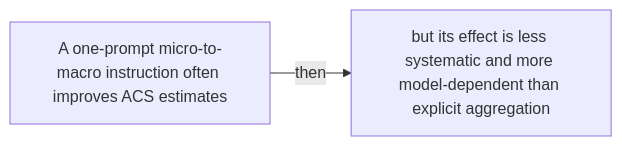
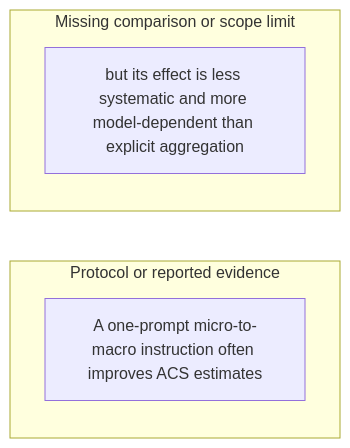
One commit to Betancourt1/paper_atlas changed diagram 34 of 48 in docs/visual-manifests/VISUAL_MANIFEST_PARTITION_PROMPT_AGGREGATE.md. Above: the diagram before and after it, drawn with Mermaid. The commit also changed other lines of this file and 7 other files, not shown here.

````diff
--- a/docs/visual-manifests/VISUAL_MANIFEST_PARTITION_PROMPT_AGGREGATE.md
+++ b/docs/visual-manifests/VISUAL_MANIFEST_PARTITION_PROMPT_AGGREGATE.md
@@ -2916,6 +2781,9 @@
 ```mermaid
 flowchart LR
-  n1["A one-prompt micro-to-macro instruction often improves ACS estimates"]
-  n2["but its effect is less systematic and more model-dependent than explicit aggregation"]
-  n1 -->|"then"| n2
+  subgraph g1["Protocol or reported evidence"]
+    g1i1["A one-prompt micro-to-macro instruction often improves ACS estimates"]
+  end
+  subgraph g2["Missing comparison or scope limit"]
+    g2i1["but its effect is less systematic and more model-dependent than explicit aggregation"]
+  end
 ```
````
